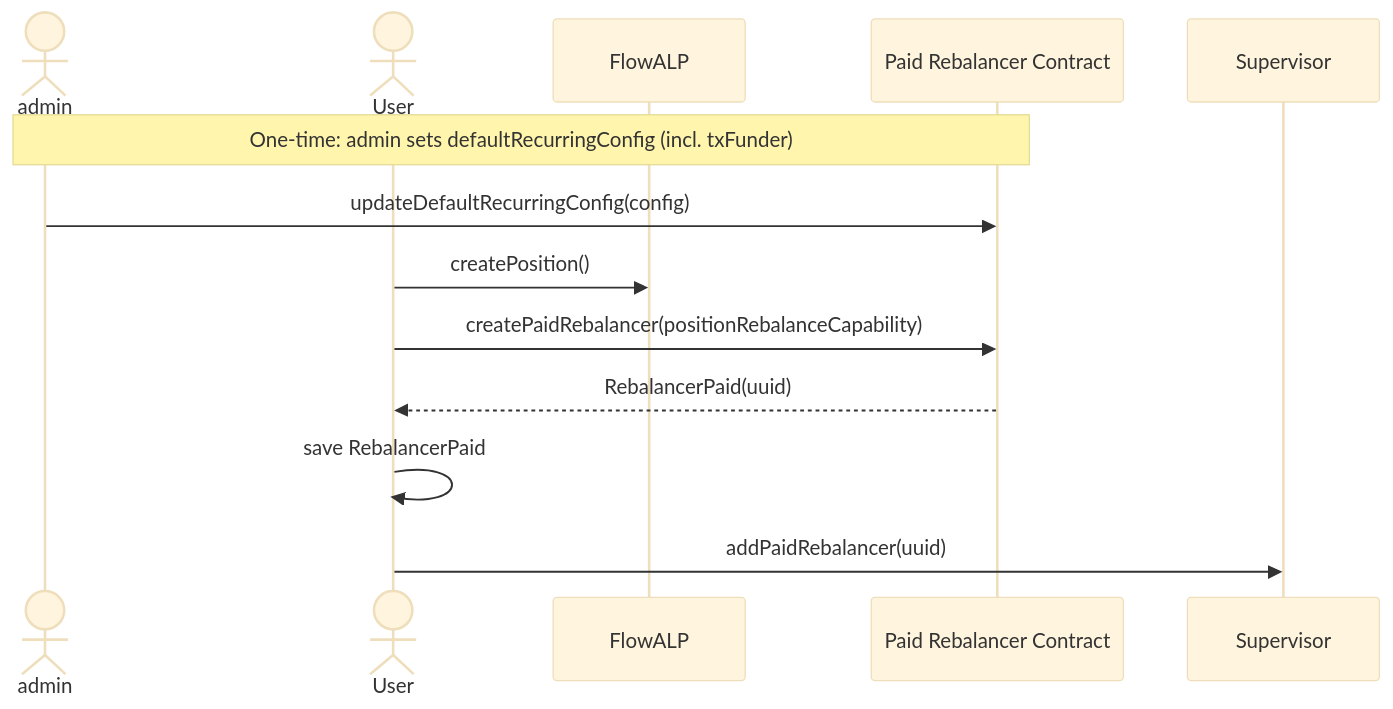
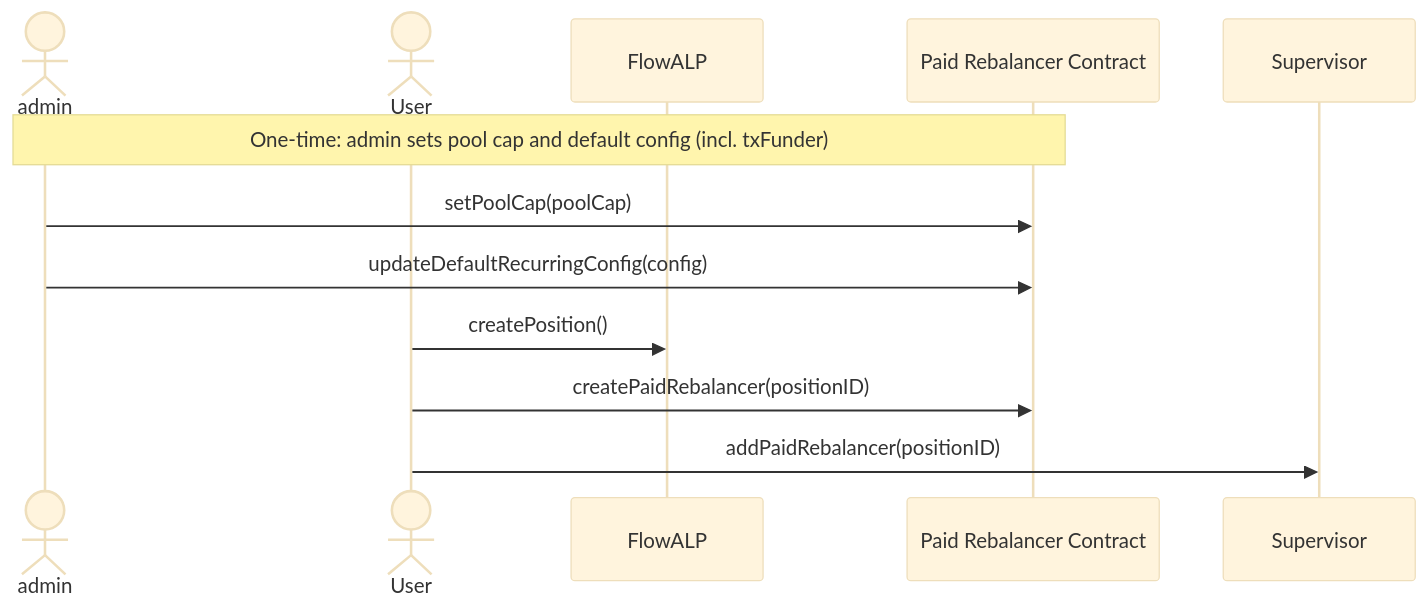
The first of 3 diagrams in RebalanceArchitecture.md (onflow/FlowALP), drawn with Mermaid (base theme) before and after one commit. The commit also changed other lines of this file and 9 other files, not shown here.

Commit message:
refactor: simplify FlowALPRebalancerPaidv1

````diff
--- a/RebalanceArchitecture.md
+++ b/RebalanceArchitecture.md
@@ -58,15 +48,14 @@
 ```mermaid
 sequenceDiagram
     actor admin
     actor User
     participant FlowALP
     participant Paid as Paid Rebalancer Contract
     participant Supervisor
-    Note over admin,Paid: One-time: admin sets defaultRecurringConfig (incl. txFunder)
+    Note over admin,Paid: One-time: admin sets pool cap and default config (incl. txFunder)
+    admin->>Paid: setPoolCap(poolCap)
     admin->>Paid: updateDefaultRecurringConfig(config)
     User->>FlowALP: createPosition()
-    User->>Paid: createPaidRebalancer(positionRebalanceCapability)
-    Paid-->>User: RebalancerPaid(uuid)
-    User->>User: save RebalancerPaid
-    User->>Supervisor: addPaidRebalancer(uuid)
+    User->>Paid: createPaidRebalancer(positionID)
+    User->>Supervisor: addPaidRebalancer(positionID)
 ```
````
